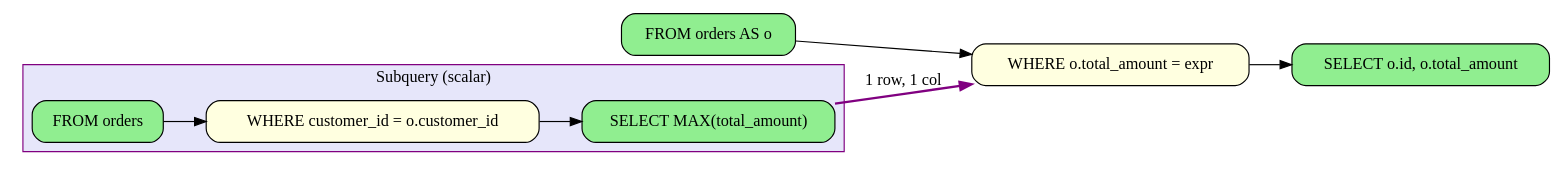
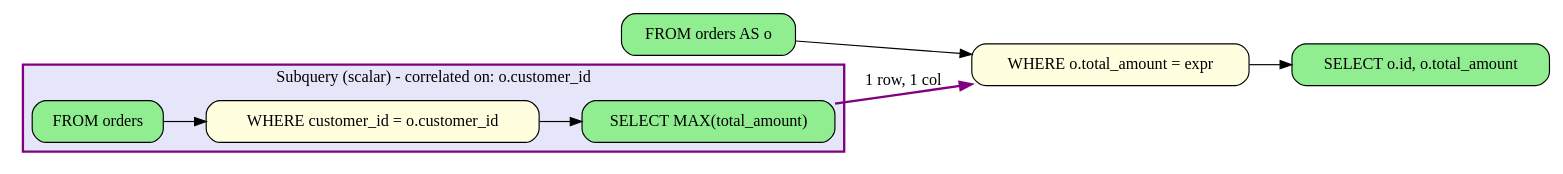
Before and after one commit to rot1024/sqloflow: the diagram in examples/subquery_scalar_operation.dot, drawn with Graphviz. The commit also changed 21 other files, not shown here.

Commit message:
feat: support correlated subquery

```diff
--- a/examples/subquery_scalar_operation.dot
+++ b/examples/subquery_scalar_operation.dot
@@ -1,27 +1,28 @@
 digraph sqloflow {
   rankdir=LR;
   node [shape=box, style=rounded];
 
   // Node definitions
   node_0 [label="FROM orders AS o", fillcolor=lightgreen, style="filled,rounded"];
   node_3 [label="SELECT o.id, o.total_amount", fillcolor=lightgreen, style="filled,rounded"];
   node_1 [label="WHERE o.total_amount = expr", fillcolor=lightyellow, style="filled,rounded"];
 
   // Subquery 1
   subgraph cluster_node_2 {
-    label="Subquery (scalar)";
+    label="Subquery (scalar) - correlated on: o.customer_id";
     style=filled;
     fillcolor=lavender;
     color=purple;
+    penwidth=2;
     subq_2_node_0 [label="FROM orders", fillcolor=lightgreen, style="filled,rounded"];
     subq_2_node_1 [label="WHERE customer_id = o.customer_id", fillcolor=lightyellow, style="filled,rounded"];
     subq_2_node_2 [label="SELECT MAX(total_amount)", fillcolor=lightgreen, style="filled,rounded"];
     subq_2_node_0 -> subq_2_node_1 [color=black];
     subq_2_node_1 -> subq_2_node_2 [color=black];
   }
   subq_2_node_2 -> node_1 [color=purple, style=bold, label="1 row, 1 col"];
 
   // Edges
   node_0 -> node_1 [color=black];
   node_1 -> node_3 [color=black];
 }
```
